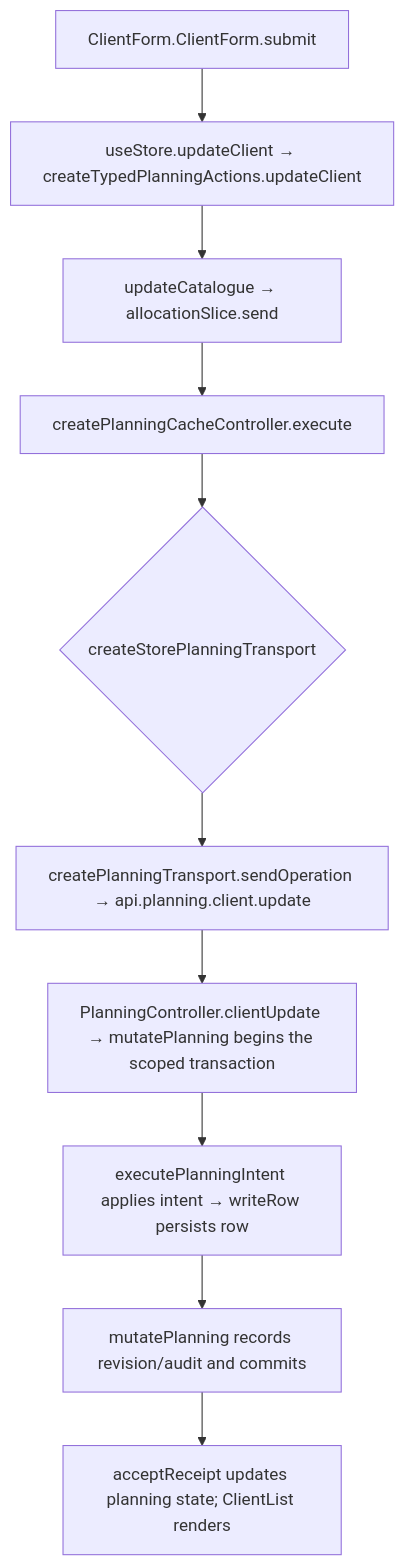
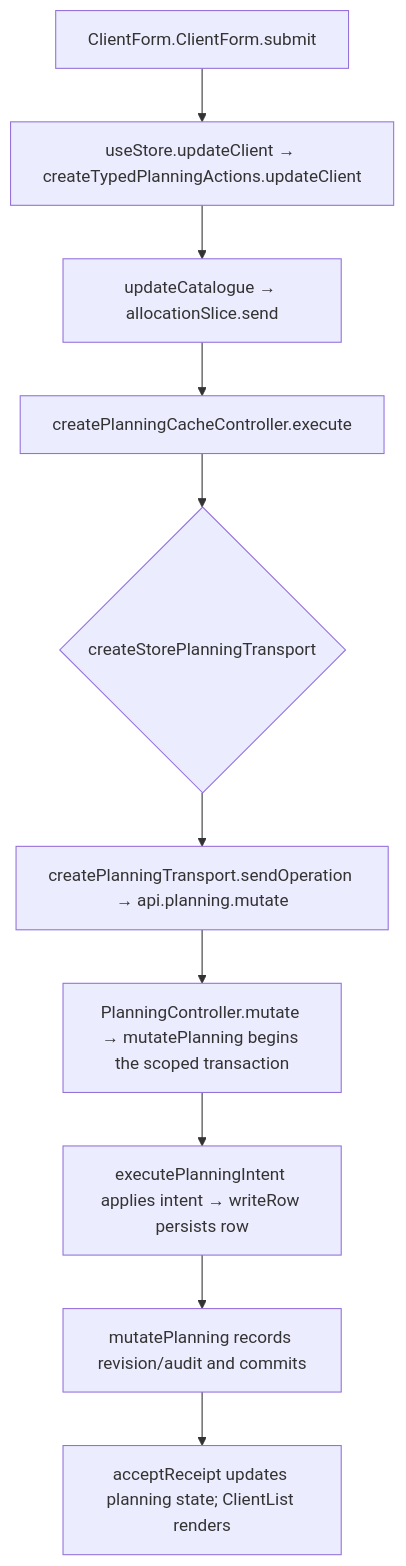
One commit to Kevinjohn/capacitylens changed the second of 2 diagrams in user-stories/clients/US-CLI-02-edit-client.md. Above: the diagram before and after it, drawn with Mermaid. The commit also changed 115 other files, not shown here.

````diff
--- a/user-stories/clients/US-CLI-02-edit-client.md
+++ b/user-stories/clients/US-CLI-02-edit-client.md
@@ -36,8 +36,8 @@
 ```mermaid
 flowchart TD
   A["ClientForm.ClientForm.submit"] --> B["useStore.updateClient → createTypedPlanningActions.updateClient"]
   B --> C["updateCatalogue → allocationSlice.send"]
   C --> D["createPlanningCacheController.execute"] --> E{"createStorePlanningTransport"}
-  E --> F["createPlanningTransport.sendOperation → api.planning.client.update"] --> G["PlanningController.clientUpdate → mutatePlanning begins the scoped transaction"]
+  E --> F["createPlanningTransport.sendOperation → api.planning.mutate"] --> G["PlanningController.mutate → mutatePlanning begins the scoped transaction"]
   G --> H["executePlanningIntent applies intent → writeRow persists row"] --> K["mutatePlanning records revision/audit and commits"] --> J["acceptReceipt updates planning state; ClientList renders"]
 ```
````
